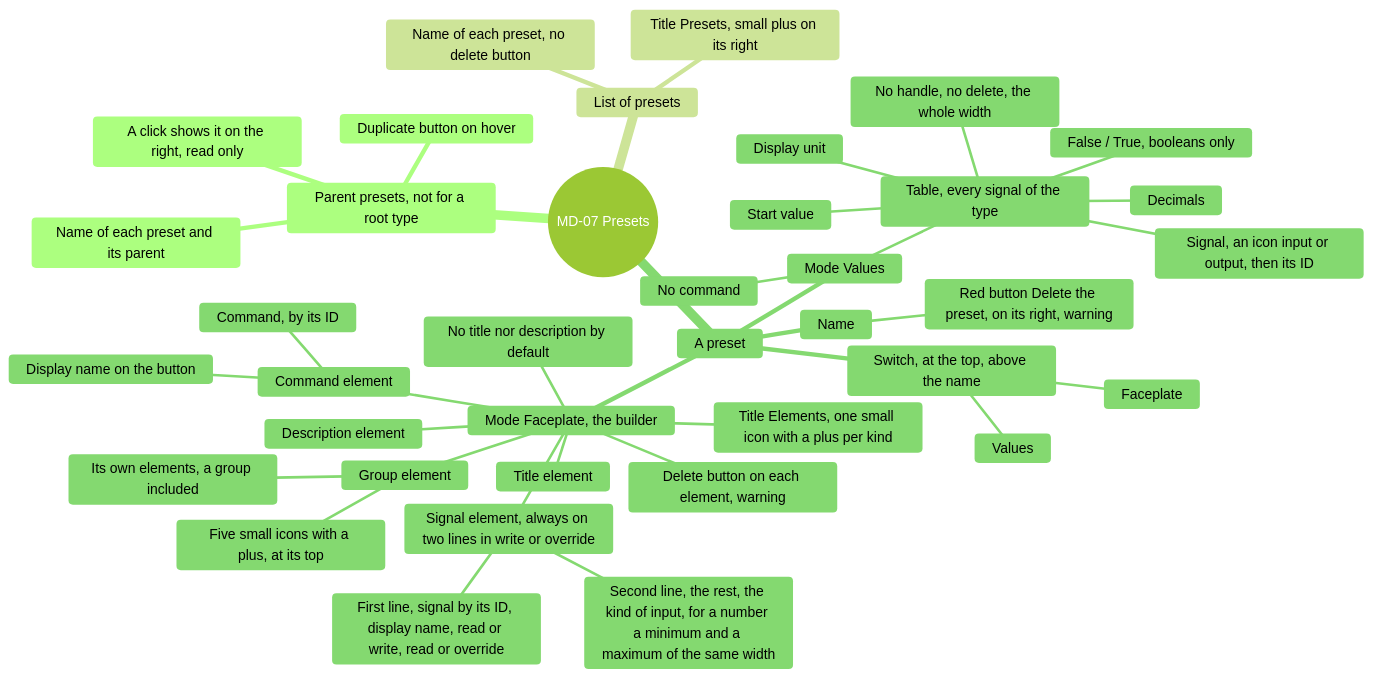
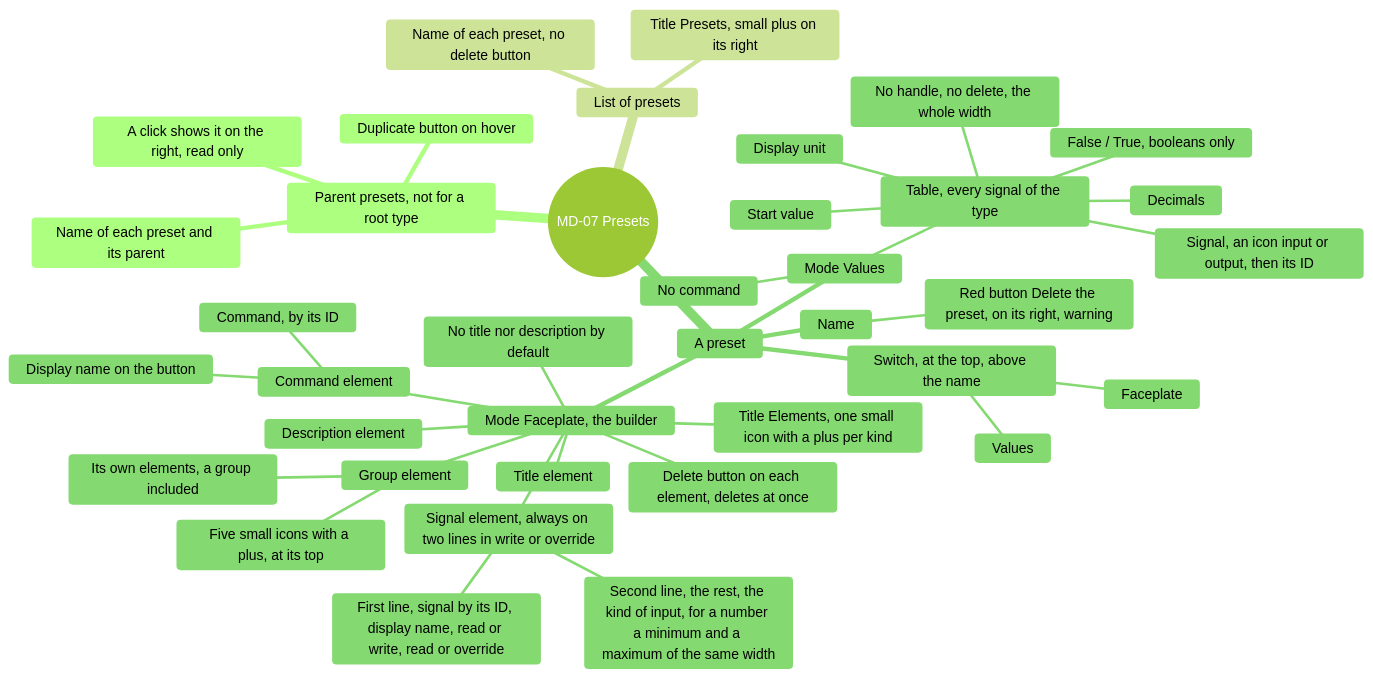
One commit to AlexandreGallais/synoptic-studio-spec changed diagram 12 of 16 in screens/metadata.md. Above: the diagram before and after it, drawn with Mermaid (forest theme). The commit also changed other lines of this file and 15 other files, not shown here.

````diff
--- a/screens/metadata.md
+++ b/screens/metadata.md
@@ -370,41 +370,41 @@
 ```mermaid
 mindmap
   root((MD-07 Presets))
     Parent presets, not for a root type
       Name of each preset and its parent
       Duplicate button on hover
       A click shows it on the right, read only
     List of presets
       Title Presets, small plus on its right
       Name of each preset, no delete button
     A preset
       Switch, at the top, above the name
         Values
         Faceplate
       Name
         Red button Delete the preset, on its right, warning
       Mode Values
         Table, every signal of the type
           No handle, no delete, the whole width
           Signal, an icon input or output, then its ID
           Display unit
           Decimals
           False / True, booleans only
           Start value
         No command
       Mode Faceplate, the builder
         No title nor description by default
         Title Elements, one small icon with a plus per kind
         Signal element, always on two lines in write or override
           First line, signal by its ID, display name, read or write, read or override
           Second line, the rest, the kind of input, for a number a minimum and a maximum of the same width
         Command element
           Command, by its ID
           Display name on the button
         Title element
         Description element
         Group element
           Five small icons with a plus, at its top
           Its own elements, a group included
-        Delete button on each element, warning
+        Delete button on each element, deletes at once
 ```
````
